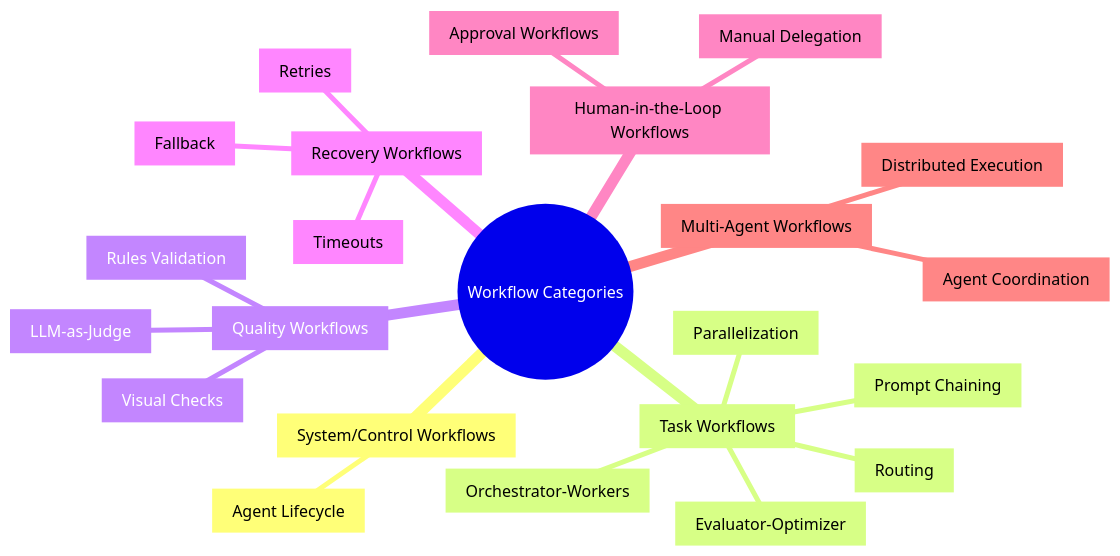
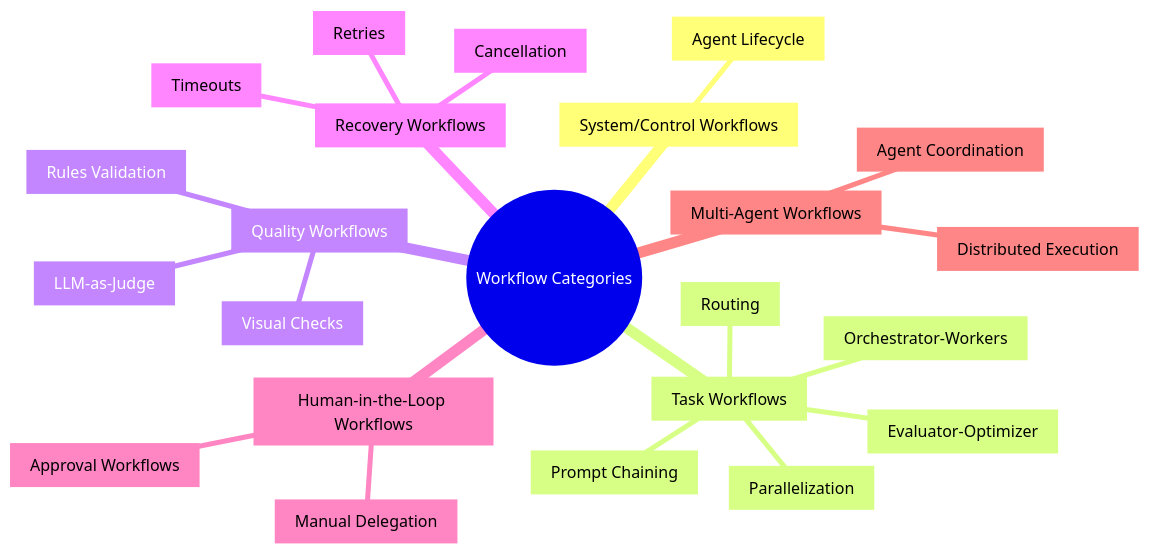
One commit to synerops/osprotocol changed the diagram in apps/web/content/docs/concepts/workflows-taxonomy.mdx. Above: the diagram before and after it, drawn with Mermaid. The commit also changed other lines of this file and 26 other files, not shown here.

First line of the commit message:
Phase 6: eliminate 13 pages without schema backing, create 3 missing pages, fix stale content

````diff
--- a/apps/web/content/docs/concepts/workflows-taxonomy.mdx
+++ b/apps/web/content/docs/concepts/workflows-taxonomy.mdx
@@ -10,26 +10,26 @@
 ```mermaid
 mindmap
   root((Workflow Categories))
     SystemControl["System/Control Workflows"]
       Lifecycle["Agent Lifecycle"]
     TaskWorkflows["Task Workflows"]
       Routing["Routing"]
       PromptChaining["Prompt Chaining"]
       OrchestratorWorkers["Orchestrator-Workers"]
       Parallelization["Parallelization"]
       EvaluatorOptimizer["Evaluator-Optimizer"]
     QualityWorkflows["Quality Workflows"]
       RulesValidation["Rules Validation"]
       VisualChecks["Visual Checks"]
       LLMJudge["LLM-as-Judge"]
     RecoveryWorkflows["Recovery Workflows"]
       Retries["Retries"]
-      Fallback["Fallback"]
       Timeouts["Timeouts"]
+      Cancellation["Cancellation"]
     HumanInLoop["Human-in-the-Loop Workflows"]
       ApprovalWorkflows["Approval Workflows"]
       ManualDelegation["Manual Delegation"]
     MultiAgent["Multi-Agent Workflows"]
       AgentCoordination["Agent Coordination"]
       DistributedExecution["Distributed Execution"]
 ```
````
